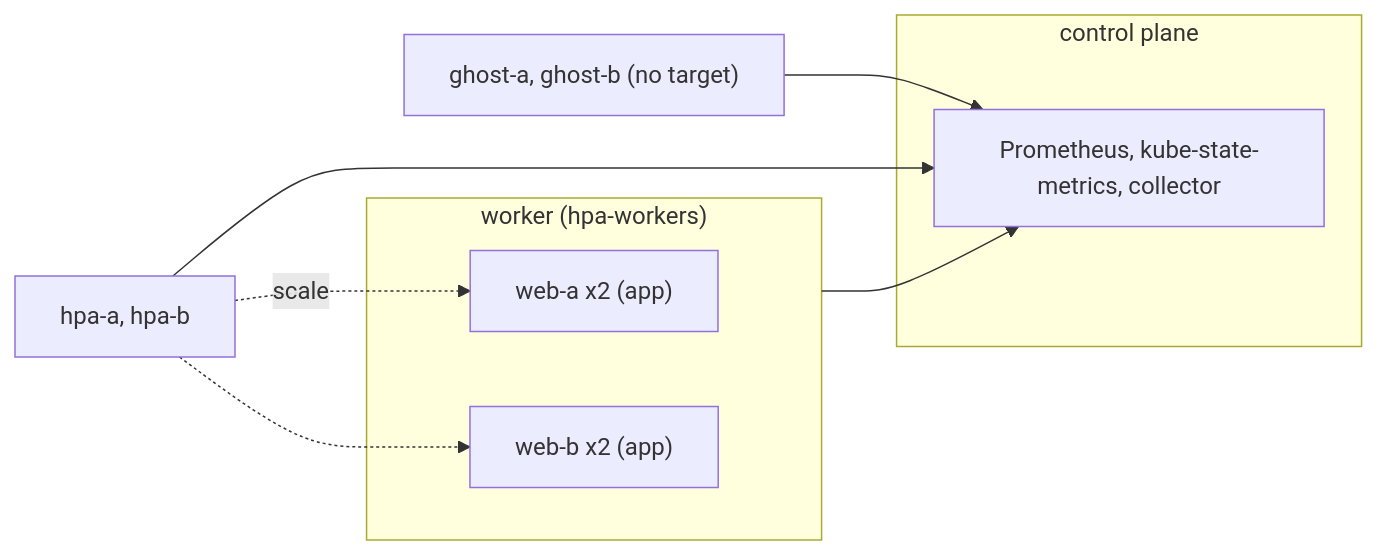
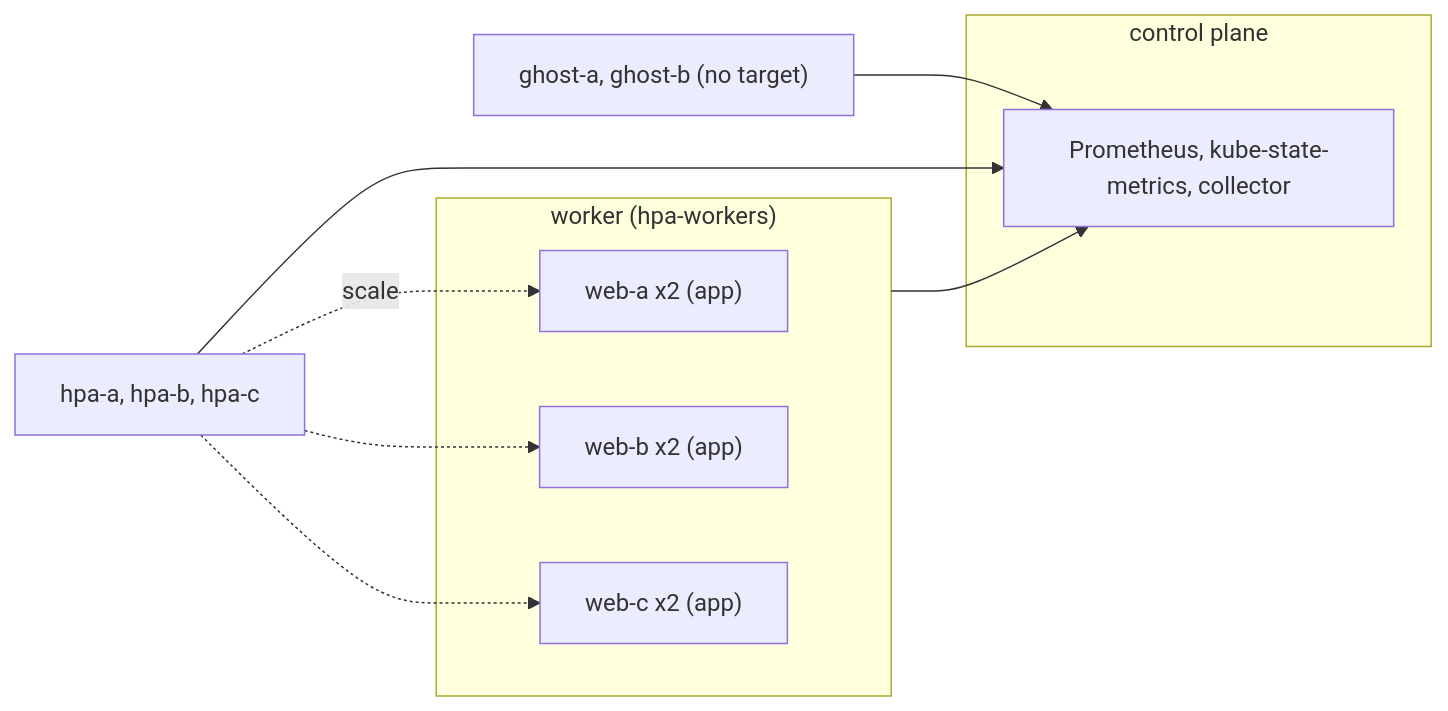
One commit to densify-dev/kubex-stack-e2e changed the diagram in docs/scenarios/hpa-orphans.md. Above: the diagram before and after it, drawn with Mermaid. The commit also changed other lines of this file and 3 other files, not shown here.

````diff
--- a/docs/scenarios/hpa-orphans.md
+++ b/docs/scenarios/hpa-orphans.md
@@ -33,15 +34,17 @@
 ```mermaid
 flowchart LR
   subgraph CP["control plane"]
     S["Prometheus, kube-state-metrics, collector"]
   end
   subgraph W1["worker (hpa-workers)"]
     A["web-a x2 (app)"]
     B["web-b x2 (app)"]
+    C["web-c x2 (app)"]
   end
-  H1["hpa-a, hpa-b"] -. "scale" .-> A
+  H1["hpa-a, hpa-b, hpa-c"] -. "scale" .-> A
   H1 -.-> B
+  H1 -.-> C
   H2["ghost-a, ghost-b (no target)"] --> S
   H1 --> S
   W1 --> S
 ```
````
